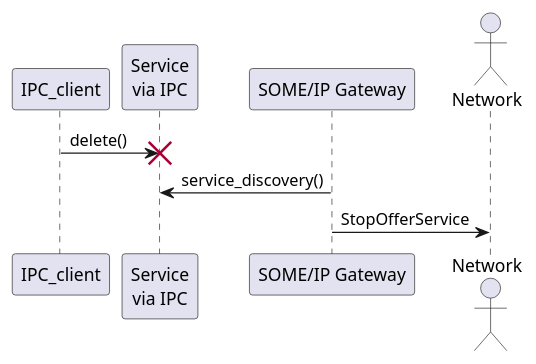
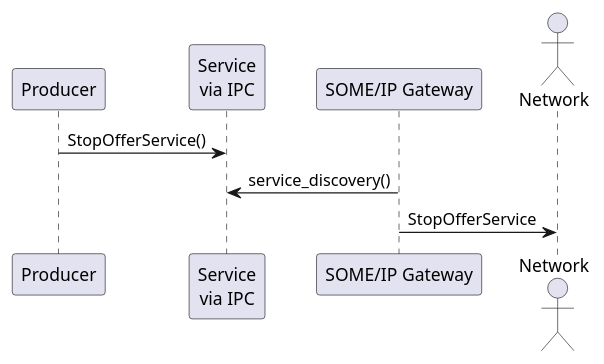
Before and after one commit to ZoranCutura/score: the second of 6 diagrams in docs/features/communication/some_ip_gateway/service_discovery/index.rst, drawn with PlantUML. The commit also changed other lines of this file, not shown here.

```diff
--- a/docs/features/communication/some_ip_gateway/service_discovery/index.rst
+++ b/docs/features/communication/some_ip_gateway/service_discovery/index.rst
@@ -71,13 +71,13 @@
 .. uml::
    :alt: Gateway stops service offer
 
    @startuml
-   participant "IPC_client" as IPC_client
+   participant "Producer" as IPC_client
    participant "Service\nvia IPC" as Service
    participant "SOME/IP Gateway" as Someipgateway
    actor "Network" as Network
 
-   IPC_client -> Service !! : delete()
+   IPC_client -> Service : StopOfferService()
    Someipgateway -> Service: service_discovery()
    Someipgateway -> Network: StopOfferService
    @enduml
```
